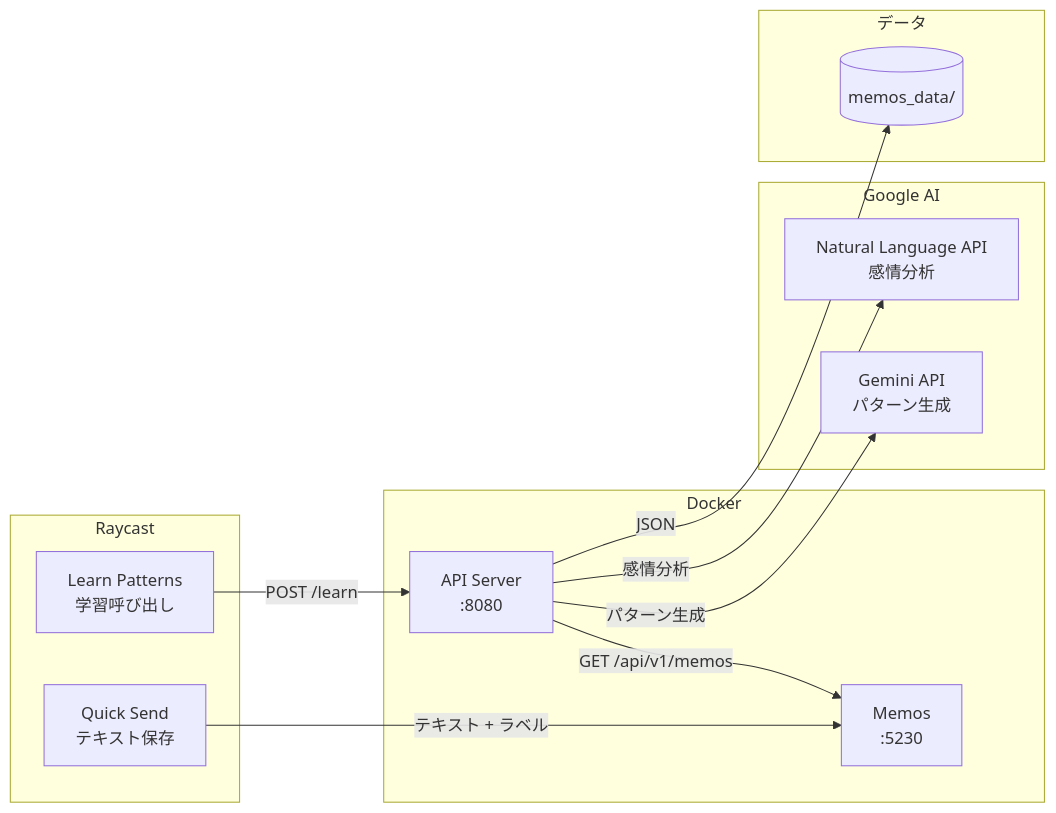
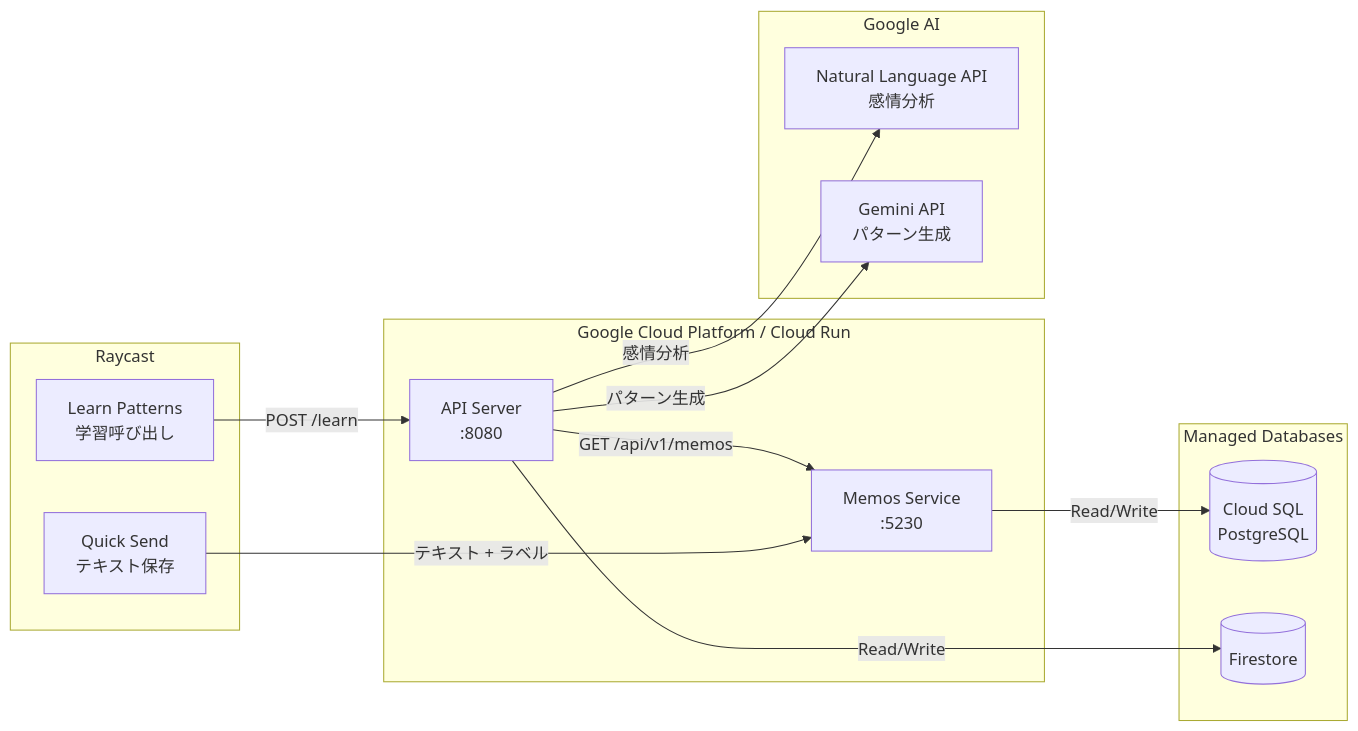
One commit to AobaIwaki123/quick-send changed the first of 2 diagrams in ARCHITECTURE.md. Above: the diagram before and after it, drawn with Mermaid. The commit also changed other lines of this file and 4 other files, not shown here.

````diff
--- a/ARCHITECTURE.md
+++ b/ARCHITECTURE.md
@@ -9,28 +11,30 @@
 ```mermaid
 graph LR
     subgraph "Raycast"
         R1[Quick Send<br/>テキスト保存]
         R2[Learn Patterns<br/>学習呼び出し]
     end
     
-    subgraph "Docker"
-        M[Memos<br/>:5230]
+    subgraph "Google Cloud Platform / Cloud Run"
+        M[Memos Service<br/>:5230]
         API[API Server<br/>:8080]
+    end
+    
+    subgraph "Managed Databases"
+        SQL[(Cloud SQL<br/>PostgreSQL)]
+        FS[(Firestore)]
     end
     
     subgraph "Google AI"
         NL[Natural Language API<br/>感情分析]
         G[Gemini API<br/>パターン生成]
     end
     
-    subgraph "データ"
-        D[(memos_data/)]
-    end
-    
     R1 -->|"テキスト + ラベル"| M
     R2 -->|POST /learn| API
     API -->|GET /api/v1/memos| M
+    M -->|Read/Write| SQL
+    API -->|Read/Write| FS
     API -->|感情分析| NL
     API -->|パターン生成| G
-    API -->|JSON| D
 ```
````
